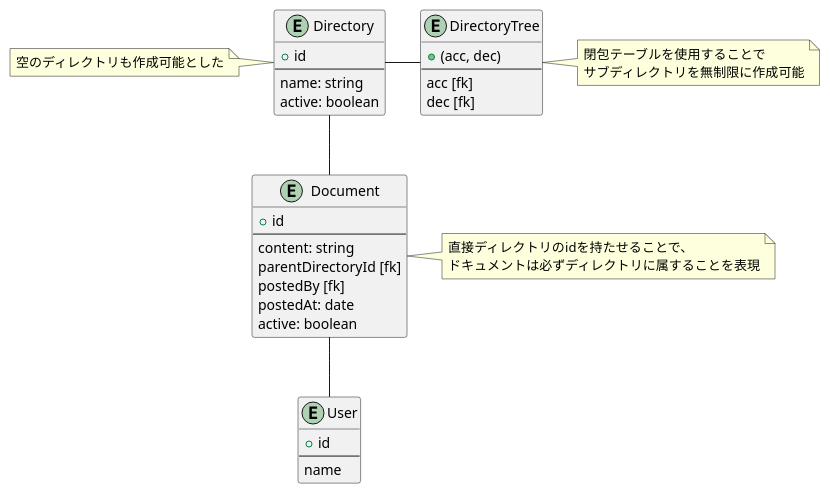
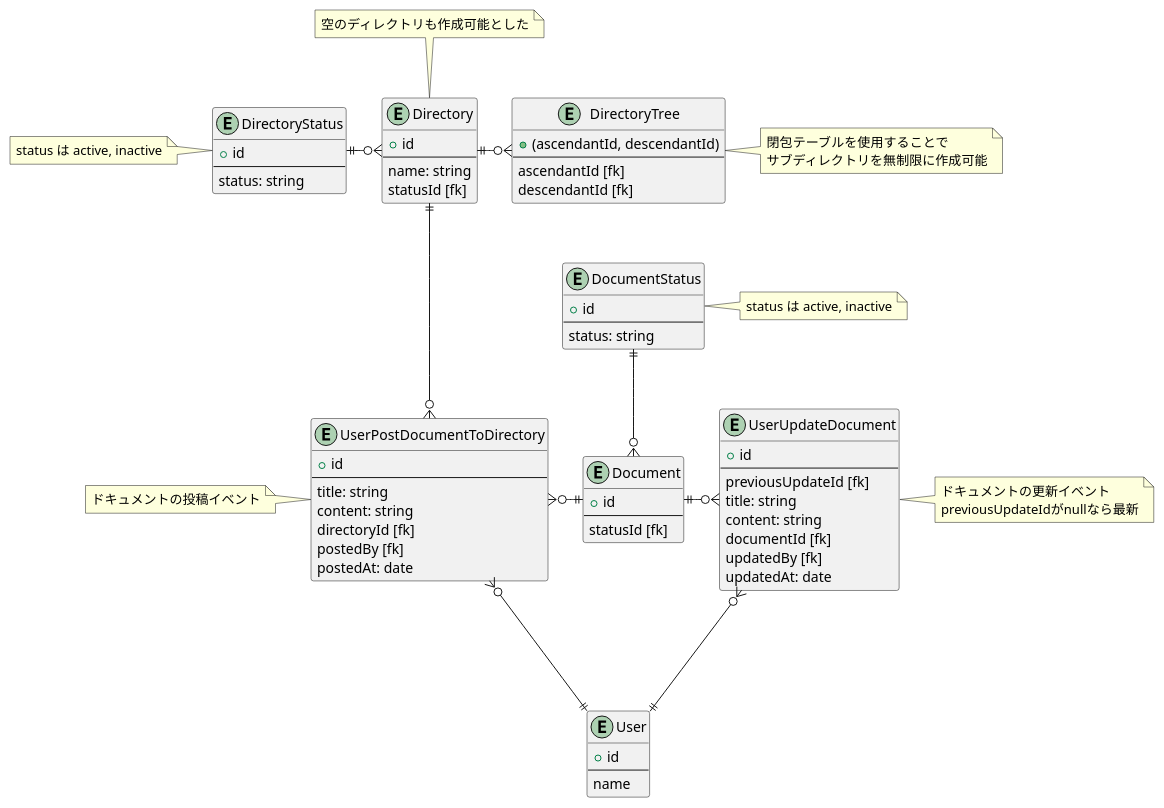
Before and after one commit to sushidesu/prahachallenge: the diagram in 03_データベース/16_DBモデリング3/DBモデリング3.md, drawn with PlantUML. The commit also changed other lines of this file and 1 other file, not shown here.

Commit message:
DB設計を修正

````diff
--- a/03_データベース/16_DBモデリング3/DBモデリング3.md
+++ b/03_データベース/16_DBモデリング3/DBモデリング3.md
@@ -28,48 +7,90 @@
 ```plantuml
+entity User {
+  + id
+  ---
+  name
+}
+
 entity Directory {
   + id
   ---
   name: string
-  active: boolean
+  statusId [fk]
 }
-note left
+note top
 空のディレクトリも作成可能とした
 end note
 
 entity DirectoryTree {
-  + (acc, dec)
+  + (ascendantId, descendantId)
   ---
-  acc [fk]
-  dec [fk]
+  ascendantId [fk]
+  descendantId [fk]
 }
 note right
 閉包テーブルを使用することで
 サブディレクトリを無制限に作成可能
 end note
 
-Directory - DirectoryTree
+Directory ||-o{ DirectoryTree
+
+entity DirectoryStatus {
+  + id
+  ---
+  status: string
+}
+note left: status は active, inactive
+
+DirectoryStatus ||-o{ Directory
+
 
 entity Document {
   + id
   ---
+  statusId [fk]
+}
+
+entity DocumentStatus {
+  + id
+  ---
+  status: string
+}
+note right: status は active, inactive
+
+DocumentStatus ||--o{ Document
+
+entity UserPostDocumentToDirectory {
+  + id
+  ---
+  title: string
   content: string
-  parentDirectoryId [fk]
+  directoryId [fk]
   postedBy [fk]
   postedAt: date
-  active: boolean
+}
+note left
+ドキュメントの投稿イベント
+end note
+
+Directory ||---o{ UserPostDocumentToDirectory
+UserPostDocumentToDirectory }o-|| Document
+UserPostDocumentToDirectory }o---|| User
+
+entity UserUpdateDocument {
+  + id
+  ---
+  previousUpdateId [fk]
+  title: string
+  content: string
+  documentId [fk]
+  updatedBy [fk]
+  updatedAt: date
 }
 note right
-直接ディレクトリのidを持たせることで、
-ドキュメントは必ずディレクトリに属することを表現
+ドキュメントの更新イベント
+previousUpdateIdがnullなら最新
 end note
 
-Directory -- Document
-
-entity User {
-  + id
-  ---
-  name
-}
-
-Document -- User
+Document ||-o{ UserUpdateDocument
+UserUpdateDocument }o---|| User
 ```
````
